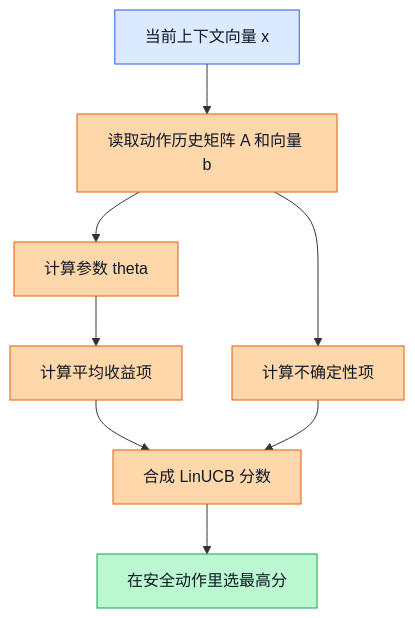
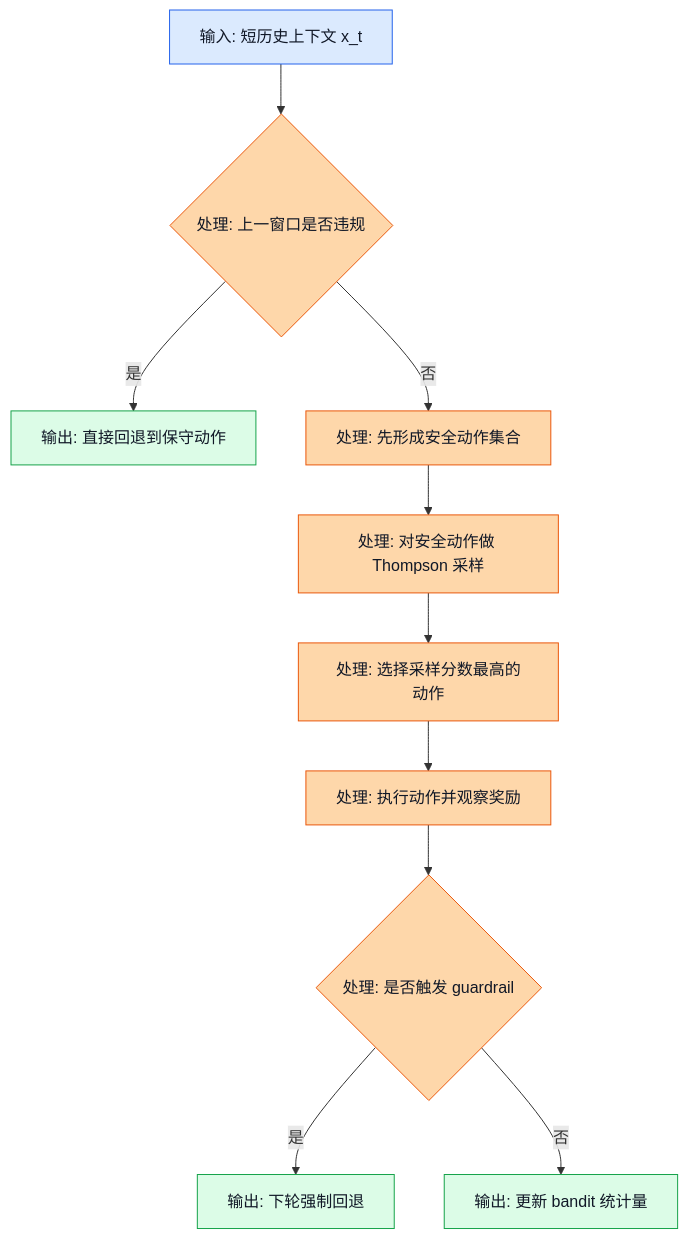
The third of 4 diagrams in learn/06_Safe_Contextual_Bandit.md (Mrphase/RL-Doc), drawn with Mermaid before and after one commit. The commit also changed other lines of this file, not shown here.

Commit message:
docs: rewrite safe contextual bandit lesson

````diff
--- a/learn/06_Safe_Contextual_Bandit.md
+++ b/learn/06_Safe_Contextual_Bandit.md
@@ -510,18 +510,20 @@
 ```mermaid
 flowchart TD
-    A[当前上下文向量 x] --> B[读取动作历史矩阵 A 和向量 b]
-    B --> C[计算参数 theta]
-    C --> D[计算平均收益项]
-    B --> E[计算不确定性项]
-    D --> F[合成 LinUCB 分数]
-    E --> F
-    F --> G[在安全动作里选最高分]
+    A[输入: 短历史上下文 x_t] --> B{处理: 上一窗口是否违规}
+    B -->|是| C[输出: 直接回退到保守动作]
+    B -->|否| D[处理: 先形成安全动作集合]
+    D --> E[处理: 对安全动作做 Thompson 采样]
+    E --> F[处理: 选择采样分数最高的动作]
+    F --> G[处理: 执行动作并观察奖励]
+    G --> H{处理: 是否触发 guardrail}
+    H -->|是| I[输出: 下轮强制回退]
+    H -->|否| J[输出: 更新 bandit 统计量]
 
     classDef input fill:#dbeafe,stroke:#2563eb,color:#111827;
     classDef process fill:#fed7aa,stroke:#ea580c,color:#111827;
-    classDef output fill:#bbf7d0,stroke:#16a34a,color:#111827;
+    classDef output fill:#dcfce7,stroke:#16a34a,color:#111827;
 
-    class A input;
-    class B,C,D,E,F process;
-    class G output;
+    class A input
+    class B,D,E,F,G,H process
+    class C,I,J output
 ```
````
